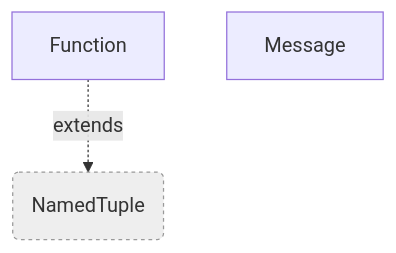
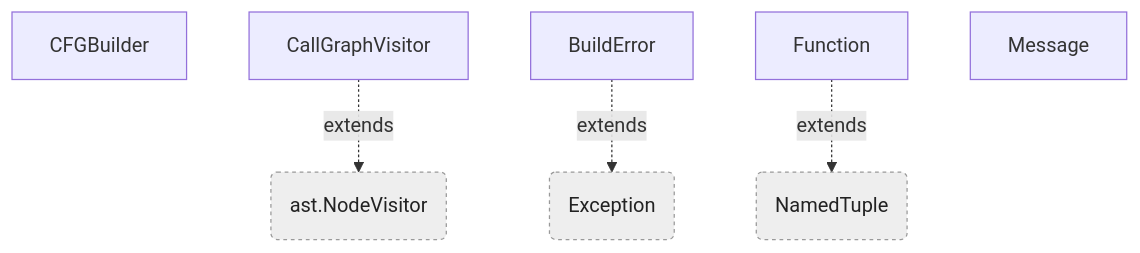
The fourth of 18 diagrams in art/AST-deps.md (staticnation/WraithguardToolkit), drawn with Mermaid before and after one commit. The commit also changed other lines of this file and 25 other files, not shown here.

````diff
--- a/art/AST-deps.md
+++ b/art/AST-deps.md
@@ -1122,8 +2496,15 @@
 ```mermaid
 flowchart TD
+  n_tools_ast_mermaid_CFGBuilder["CFGBuilder"]
+  n_tools_ast_mermaid_CallGraphVisitor["CallGraphVisitor"]
+  n_tools_build_locale_BuildError["BuildError"]
   n_tools_gen_merged_lands_table_Function["Function"]
   n_tools_make_pot_Message["Message"]
+  n_EXTBASE_ast_NodeVisitor("ast.NodeVisitor"):::external
+  n_tools_ast_mermaid_CallGraphVisitor -.->|extends| n_EXTBASE_ast_NodeVisitor
+  n_EXTBASE_Exception("Exception"):::external
+  n_tools_build_locale_BuildError -.->|extends| n_EXTBASE_Exception
   n_EXTBASE_NamedTuple("NamedTuple"):::external
   n_tools_gen_merged_lands_table_Function -.->|extends| n_EXTBASE_NamedTuple
-  classDef external fill:#eee,stroke:#999,stroke-dasharray: 3 3
+  classDef external fill:#eee,stroke:#999,stroke-dasharray: 3 3,color:#222
 ```
````
